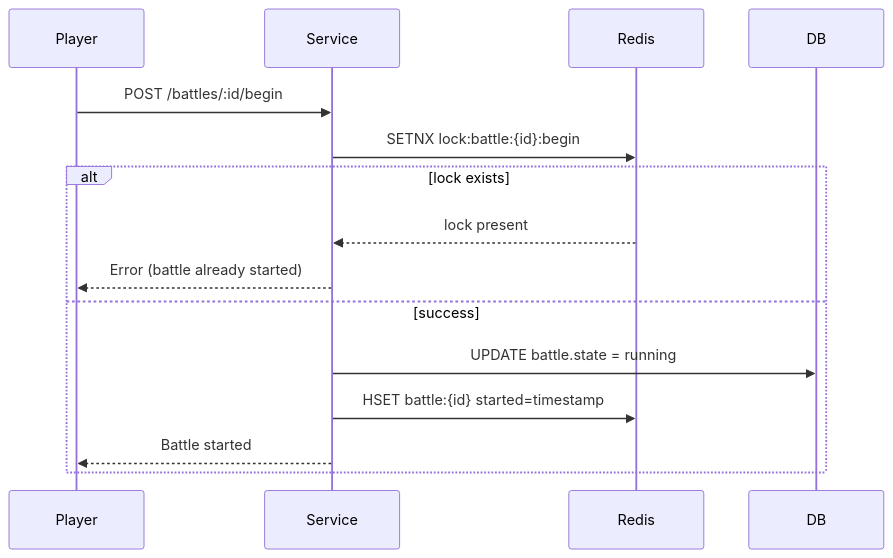
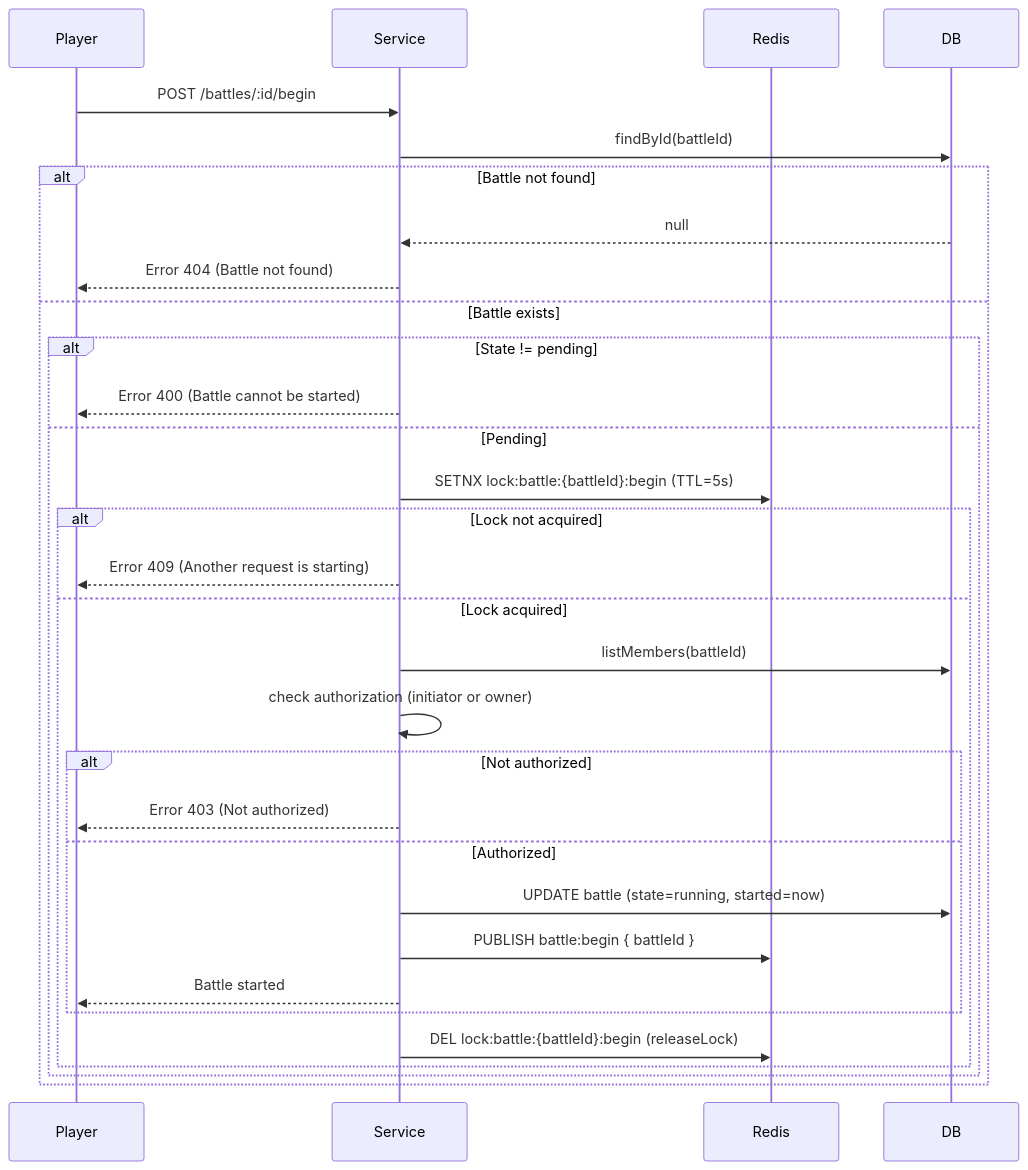
Before and after one commit to akulnurislam/social-game: the fourth of 5 diagrams in README.md, drawn with Mermaid. The commit also changed other lines of this file, not shown here.

Commit message:
readme update flow

````diff
--- a/README.md
+++ b/README.md
@@ -237,18 +265,34 @@
    ```mermaid
    sequenceDiagram
        participant Player
        participant Service
        participant Redis
        participant DB
-   
+
        Player->>Service: POST /battles/:id/begin
-       Service->>Redis: SETNX lock:battle:{id}:begin
-       alt lock exists
-           Redis-->>Service: lock present
-           Service-->>Player: Error (battle already started)
-       else success
-           Service->>DB: UPDATE battle.state = running
-           Service->>Redis: HSET battle:{id} started=timestamp
-           Service-->>Player: Battle started
+       Service->>DB: findById(battleId)
+       alt Battle not found
+           DB-->>Service: null
+           Service-->>Player: Error 404 (Battle not found)
+       else Battle exists
+           alt State != pending
+               Service-->>Player: Error 400 (Battle cannot be started)
+           else Pending
+               Service->>Redis: SETNX lock:battle:{battleId}:begin (TTL=5s)
+               alt Lock not acquired
+                   Service-->>Player: Error 409 (Another request is starting)
+               else Lock acquired
+                   Service->>DB: listMembers(battleId)
+                   Service->>Service: check authorization (initiator or owner)
+                   alt Not authorized
+                       Service-->>Player: Error 403 (Not authorized)
+                   else Authorized
+                       Service->>DB: UPDATE battle (state=running, started=now)
+                       Service->>Redis: PUBLISH battle:begin { battleId }
+                       Service-->>Player: Battle started
+                   end
+                   Service->>Redis: DEL lock:battle:{battleId}:begin (releaseLock)
+               end
+           end
        end
    ```
````
